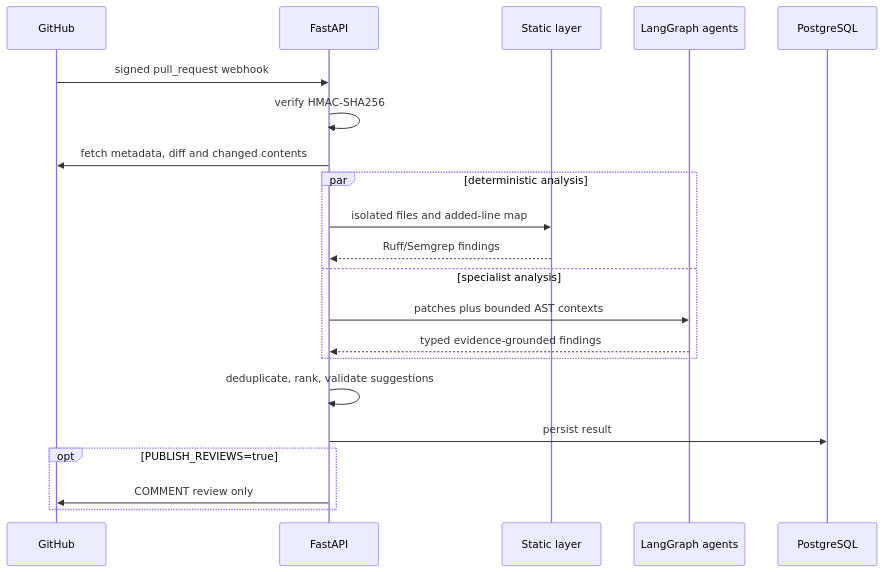
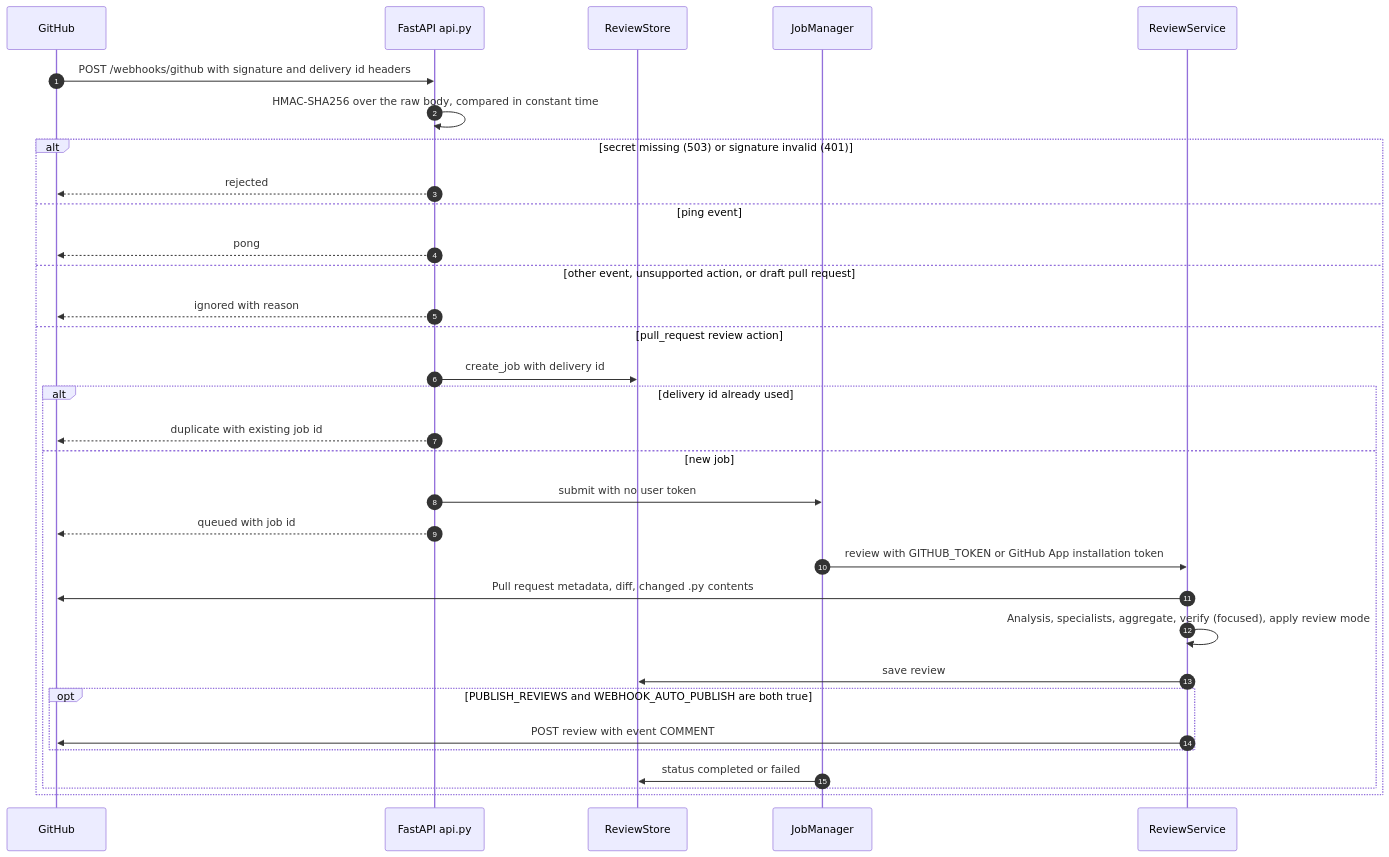
One commit to viknesh2005greatstastrophysist-prog/sdp-pr-reviewer changed the third of 4 diagrams in docs/ARCHITECTURE.md. Above: the diagram before and after it, drawn with Mermaid. The commit also changed other lines of this file and 4 other files, not shown here.

Commit message:
Docs for the final system: README, architecture diagrams, objectives-to-code map; cryptography as a direct dependency; clarify demo-account hashes in render.yaml

````diff
--- a/docs/ARCHITECTURE.md
+++ b/docs/ARCHITECTURE.md
@@ -33,23 +116,34 @@
 ```mermaid
 sequenceDiagram
+  autonumber
   participant G as GitHub
-  participant A as FastAPI
-  participant S as Static layer
-  participant L as LangGraph agents
-  participant D as PostgreSQL
-  G->>A: signed pull_request webhook
-  A->>A: verify HMAC-SHA256
-  A->>G: fetch metadata, diff and changed contents
-  par deterministic analysis
-    A->>S: isolated files and added-line map
-    S-->>A: Ruff/Semgrep findings
-  and specialist analysis
-    A->>L: patches plus bounded AST contexts
-    L-->>A: typed evidence-grounded findings
-  end
-  A->>A: deduplicate, rank, validate suggestions
-  A->>D: persist result
-  opt PUBLISH_REVIEWS=true
-    A->>G: COMMENT review only
+  participant A as FastAPI api.py
+  participant D as ReviewStore
+  participant J as JobManager
+  participant S as ReviewService
+  G->>A: POST /webhooks/github with signature and delivery id headers
+  A->>A: HMAC-SHA256 over the raw body, compared in constant time
+  alt secret missing (503) or signature invalid (401)
+    A-->>G: rejected
+  else ping event
+    A-->>G: pong
+  else other event, unsupported action, or draft pull request
+    A-->>G: ignored with reason
+  else pull_request review action
+    A->>D: create_job with delivery id
+    alt delivery id already used
+      A-->>G: duplicate with existing job id
+    else new job
+      A->>J: submit with no user token
+      A-->>G: queued with job id
+      J->>S: review with GITHUB_TOKEN or GitHub App installation token
+      S->>G: Pull request metadata, diff, changed .py contents
+      S->>S: Analysis, specialists, aggregate, verify (focused), apply review mode
+      S->>D: save review
+      opt PUBLISH_REVIEWS and WEBHOOK_AUTO_PUBLISH are both true
+        S->>G: POST review with event COMMENT
+      end
+      J->>D: status completed or failed
+    end
   end
 ```
````
